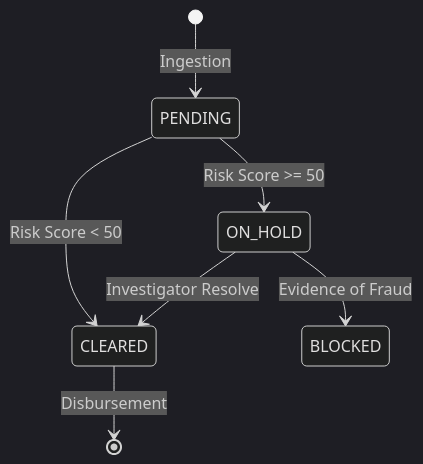
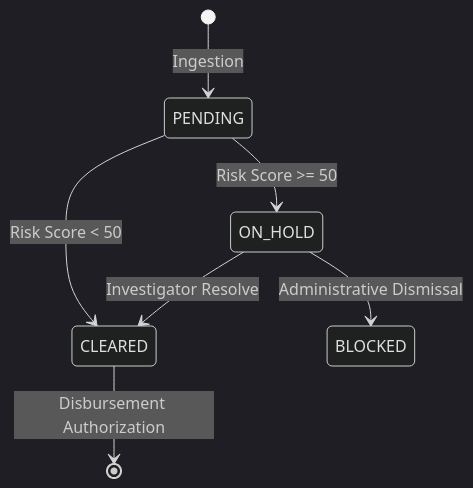
Before and after one commit to evildead23151/SentinelGov: the diagram in ARCHITECTURE.md, drawn with Mermaid (dark theme). The commit also changed other lines of this file and 4 other files, not shown here.

````diff
--- a/ARCHITECTURE.md
+++ b/ARCHITECTURE.md
@@ -35,9 +35,9 @@
 ```mermaid
 stateDiagram-v2
     [*] --> PENDING: Ingestion
     PENDING --> ON_HOLD: Risk Score >= 50
     PENDING --> CLEARED: Risk Score < 50
     ON_HOLD --> CLEARED: Investigator Resolve
-    ON_HOLD --> BLOCKED: Evidence of Fraud
-    CLEARED --> [*]: Disbursement
+    ON_HOLD --> BLOCKED: Administrative Dismissal
+    CLEARED --> [*]: Disbursement Authorization
 ```
````
